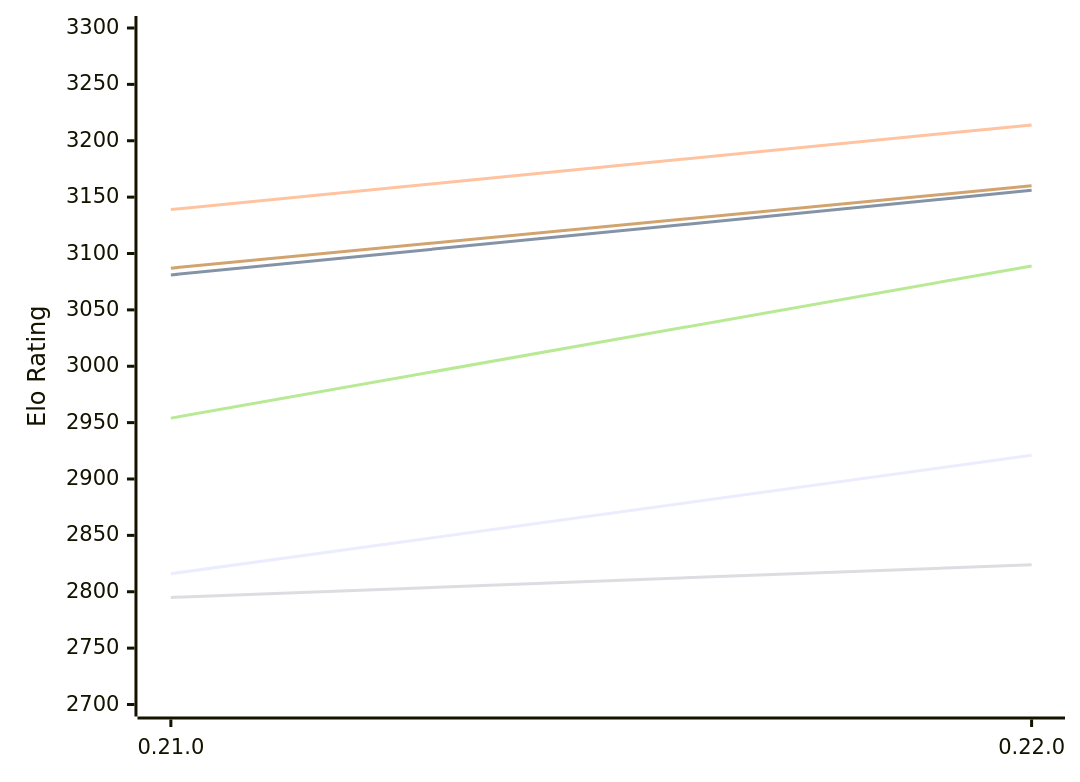
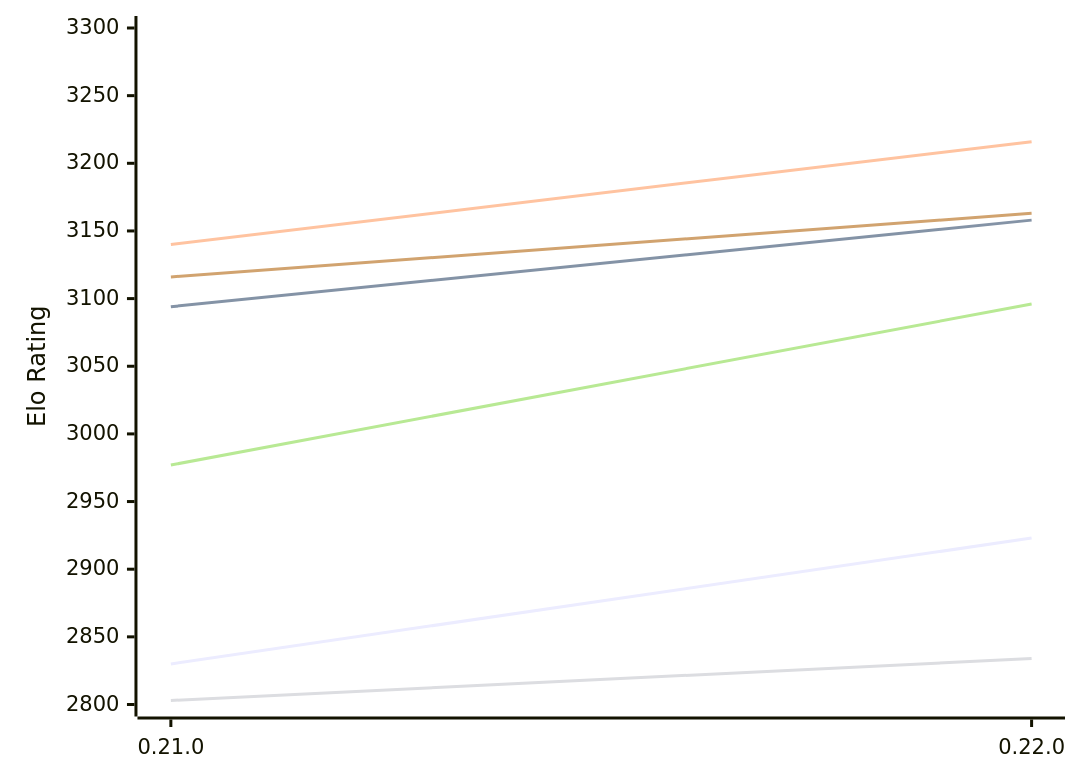
One commit to computer-chess-index/cci changed the first of 2 diagrams in engines/Princhess.md. Above: the diagram before and after it, drawn with Mermaid. The commit also changed other lines of this file, not shown here.

Commit message:
Update CCI Ratings (ELO VLTC) - 2026-11-17

````diff
--- a/engines/Princhess.md
+++ b/engines/Princhess.md
@@ -50,12 +50,12 @@
 ```mermaid
 %%{init: {"theme":"base","themeVariables":{"seriesColors:['#a3a3a3','#222221','#faa371']}}}%%
 xychart-beta
   x-axis ["0.21.0", "0.22.0"]
-  y-axis "Elo Rating" 2700 --> 3300
-  line "E1: STC (8.0+0.08s)" [2816, 2921]
-  line "E1: LTC (60.0+0.60s)" [3081, 3156]
-  line "E1: VLTC (2m24s+1.12s)" [3139, 3214]
-  line "P1: STC (8.0+0.08s)" [2795, 2824]
-  line "P1: LTC (60.0+0.60s)" [2954, 3089]
-  line "P1: VLTC (2m24s+1.12s)" [3087, 3160]
+  y-axis "Elo Rating" 2800 --> 3300
+  line "E1: STC (8.0+0.08s)" [2830, 2923]
+  line "E1: LTC (60.0+0.60s)" [3094, 3158]
+  line "E1: VLTC (2m24s+1.12s)" [3140, 3216]
+  line "P1: STC (8.0+0.08s)" [2803, 2834]
+  line "P1: LTC (60.0+0.60s)" [2977, 3096]
+  line "P1: VLTC (2m24s+1.12s)" [3116, 3163]
 ```
````
